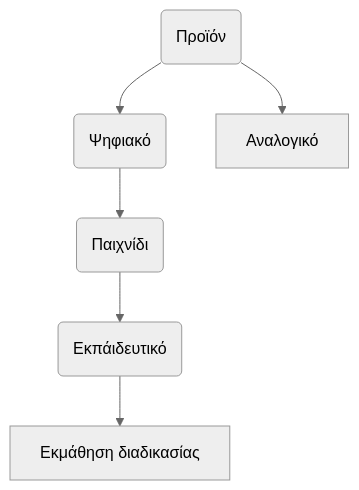
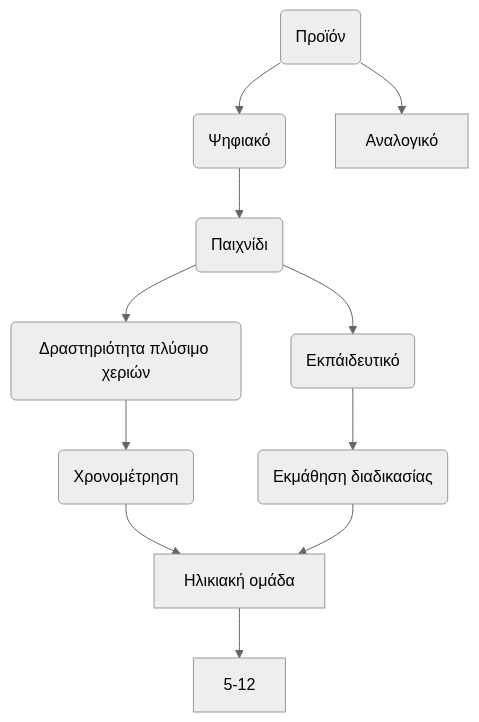
Before and after one commit to Ebabouraki/Interaction-Design-Project-Assignment: the first of 5 diagrams in our_report/README.md, drawn with Mermaid (neutral theme).

````diff
--- a/our_report/README.md
+++ b/our_report/README.md
@@ -202,8 +202,13 @@
 ``` mermaid
 graph TB
 A(Προϊόν) --> B[Ψηφιακό]
 A( Προϊόν) --> C[Αναλογικό]
 B(Ψηφιακό) --> D[Παιχνίδι]
+D(Παιχνίδι) --> G[Δραστηριότητα πλύσιμο χεριών]
+G(Δραστηριότητα πλύσιμο χεριών) --> H[Χρονομέτρηση]
+H(Χρονομέτρηση) --> I[Ηλικιακή ομάδα]
+ I(Ηλικιακή ομάδα) --> K[5-12]
 D(Παιχνίδι) --> E[Εκπάιδευτικό]
 E(Εκπάιδευτικό) --> F[Εκμάθηση διαδικασίας]
+F(Εκμάθηση διαδικασίας) --> I[Ηλικιακή ομάδα]
 ```
````
